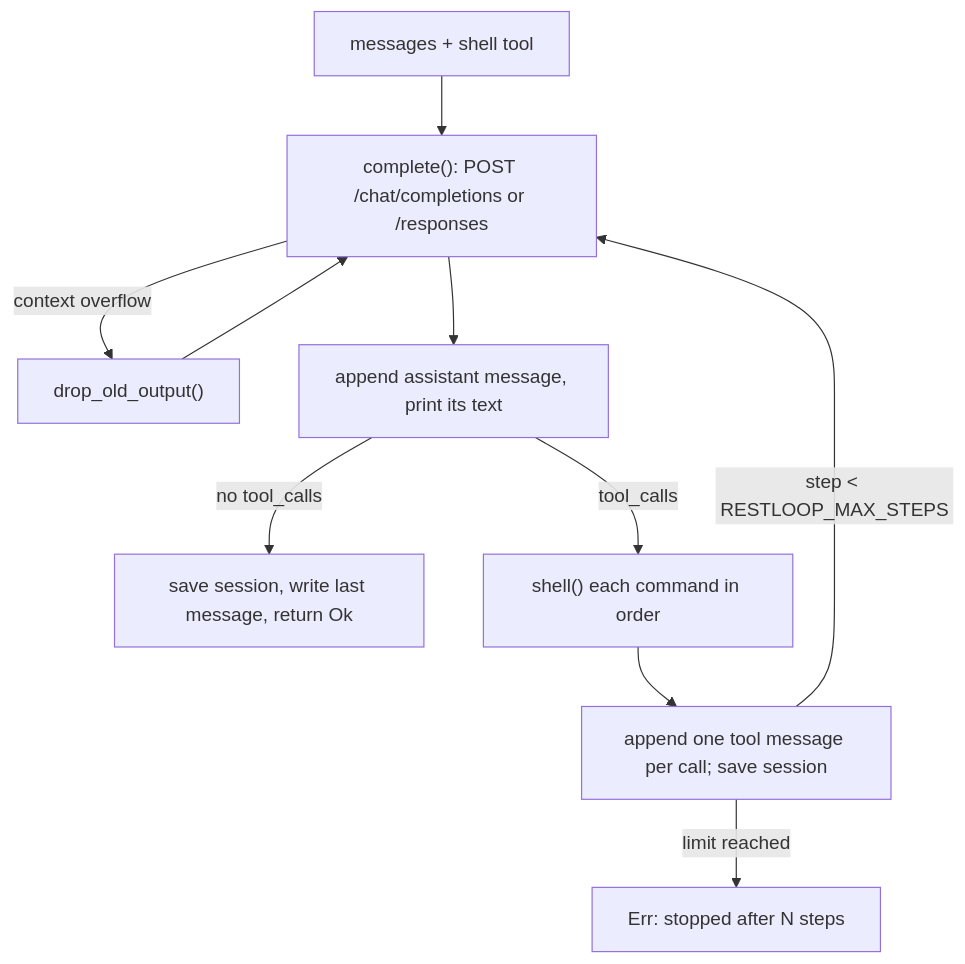
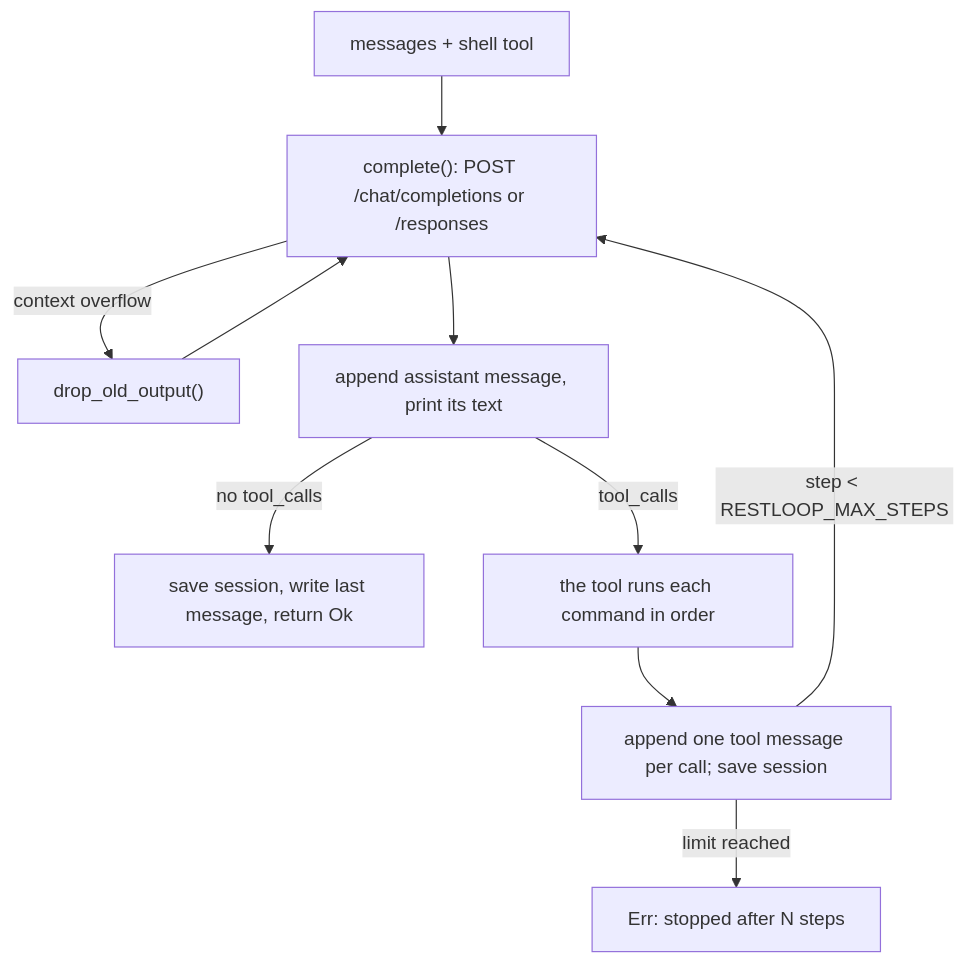
Before and after one commit to lhwzds/restloop: the diagram in .codocia/notes/how-it-works/intro.md, drawn with Mermaid. The commit also changed other lines of this file and 48 other files, not shown here.

````diff
--- a/.codocia/notes/how-it-works/intro.md
+++ b/.codocia/notes/how-it-works/intro.md
@@ -12,11 +11,11 @@
 ```mermaid
 flowchart TD
   A[messages + shell tool] --> B["complete(): POST /chat/completions or /responses"]
   B -->|"context overflow"| C["drop_old_output()"] --> B
   B --> D[append assistant message, print its text]
   D -->|no tool_calls| E[save session, write last message, return Ok]
-  D -->|tool_calls| F["shell() each command in order"]
+  D -->|tool_calls| F["the tool runs each command in order"]
   F --> G[append one tool message per call; save session]
   G -->|step < RESTLOOP_MAX_STEPS| B
   G -->|limit reached| H["Err: stopped after N steps"]
 ```
````
